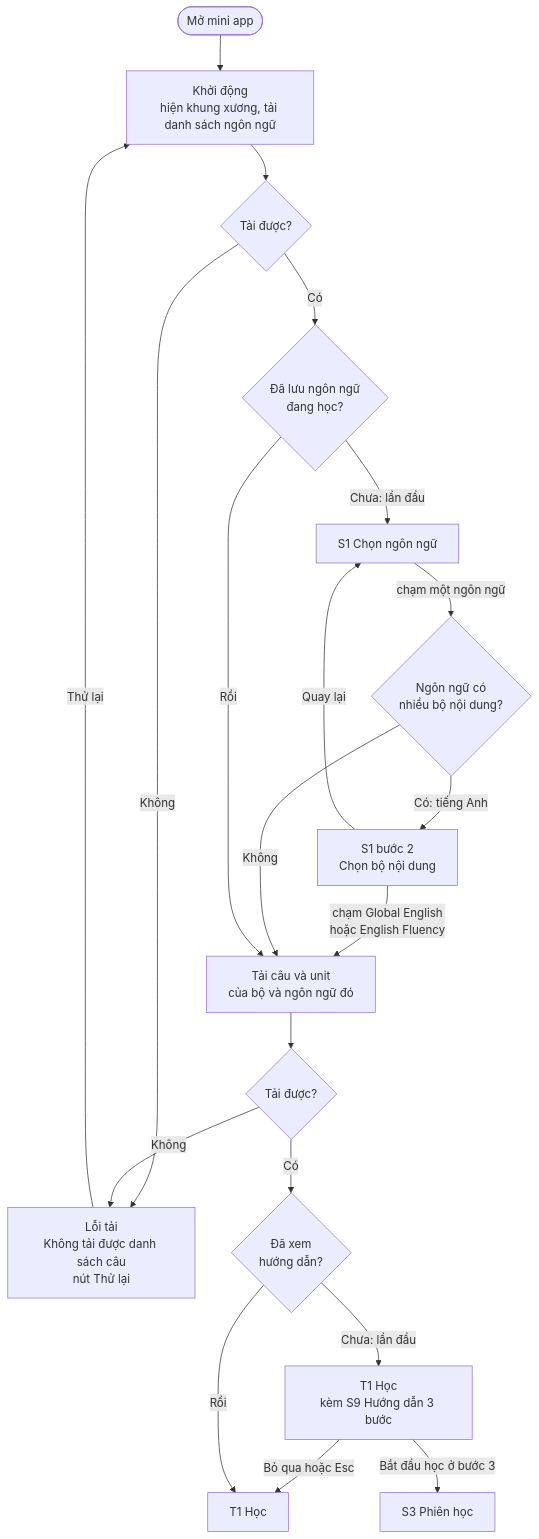
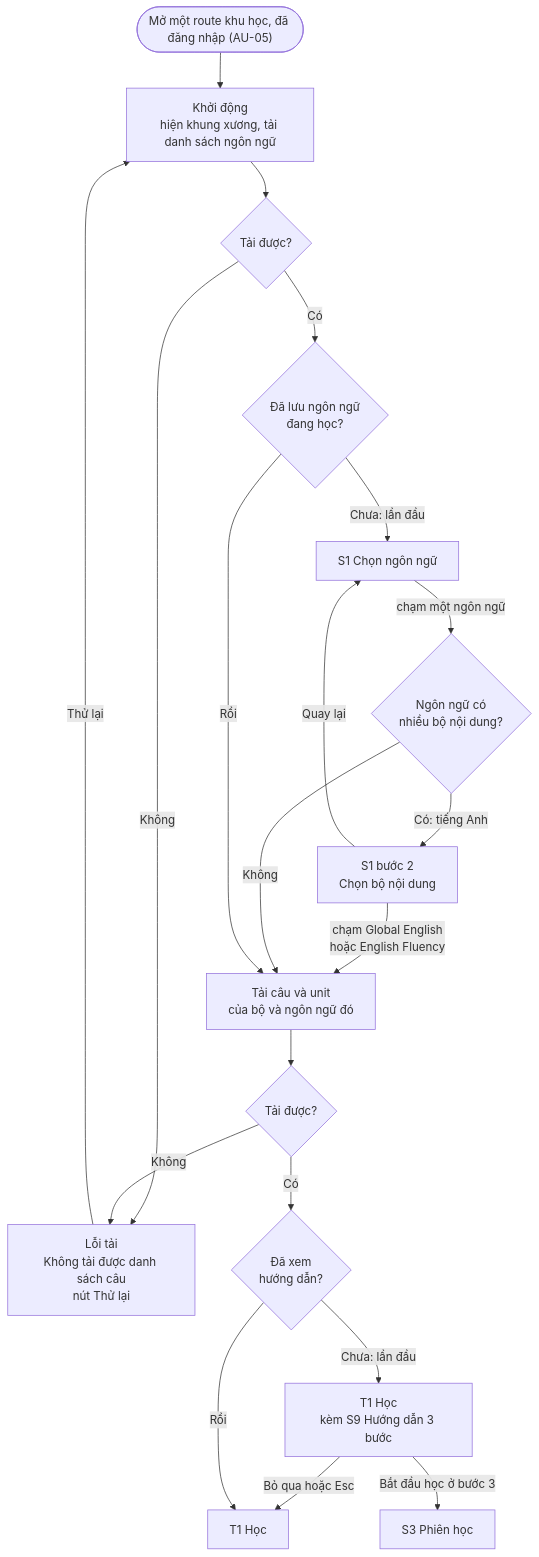
One commit to A-Star-X/dangonngu changed the second of 10 diagrams in docs/new/navigation.md. Above: the diagram before and after it, drawn with Mermaid. The commit also changed other lines of this file and 90 other files, not shown here.

````diff
--- a/docs/new/navigation.md
+++ b/docs/new/navigation.md
@@ -50,41 +70,41 @@
 ```mermaid
 flowchart TD
-  A(["Mở mini app"]) --> B["Khởi động<br/>hiện khung xương, tải danh sách ngôn ngữ"]
+  A(["Mở một route khu học, đã đăng nhập (AU-05)"]) --> B["Khởi động<br/>hiện khung xương, tải danh sách ngôn ngữ"]
   %% @spec APP-05
   B --> C{"Tải được?"}
   %% @spec APP-05
   C -->|"Không"| E["Lỗi tải<br/>Không tải được danh sách câu<br/>nút Thử lại"]
   %% @spec APP-08
   E -->|"Thử lại"| B
   %% @spec APP-08
   C -->|"Có"| D{"Đã lưu ngôn ngữ<br/>đang học?"}
   %% @spec APP-05
   D -->|"Chưa: lần đầu"| S1["S1 Chọn ngôn ngữ"]
   %% @spec APP-05
   S1 -->|"chạm một ngôn ngữ"| M{"Ngôn ngữ có<br/>nhiều bộ nội dung?"}
   %% @spec S1-04, DATA-13
   M -->|"Có: tiếng Anh"| PK["S1 bước 2<br/>Chọn bộ nội dung"]
   %% @spec S1-07
   PK -->|"chạm Global English<br/>hoặc English Fluency"| F["Tải câu và unit<br/>của bộ và ngôn ngữ đó"]
   %% @spec S1-07, DATA-05
   M -->|"Không"| F
   %% @spec S1-04
   PK -->|"Quay lại"| S1
   %% @spec S1-07
   D -->|"Rồi"| F
   %% @spec APP-05
   F --> G{"Tải được?"}
   %% @spec APP-05, S1-04
   G -->|"Không"| E
   %% @spec APP-08
   G -->|"Có"| H{"Đã xem<br/>hướng dẫn?"}
   %% @spec S9-01
   H -->|"Chưa: lần đầu"| S9["T1 Học<br/>kèm S9 Hướng dẫn 3 bước"]
   %% @spec S9-01
   S9 -->|"Bỏ qua hoặc Esc"| T1["T1 Học"]
   %% @spec S9-03
   S9 -->|"Bắt đầu học ở bước 3"| S3["S3 Phiên học"]
   %% @spec S9-03
   H -->|"Rồi"| T1
   %% @spec S9-04
 ```
````
